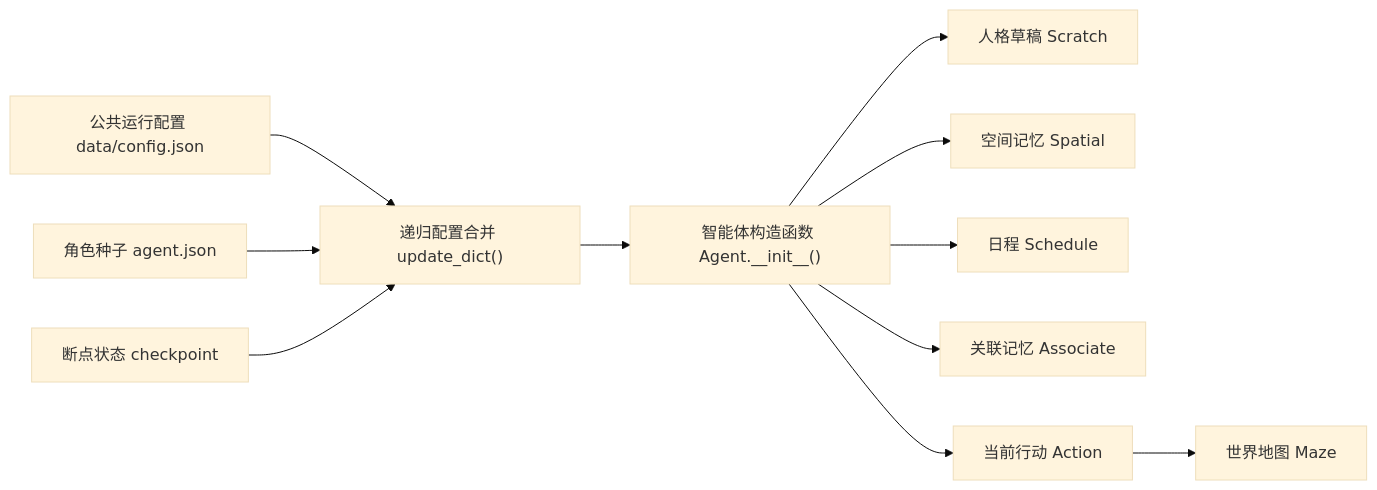
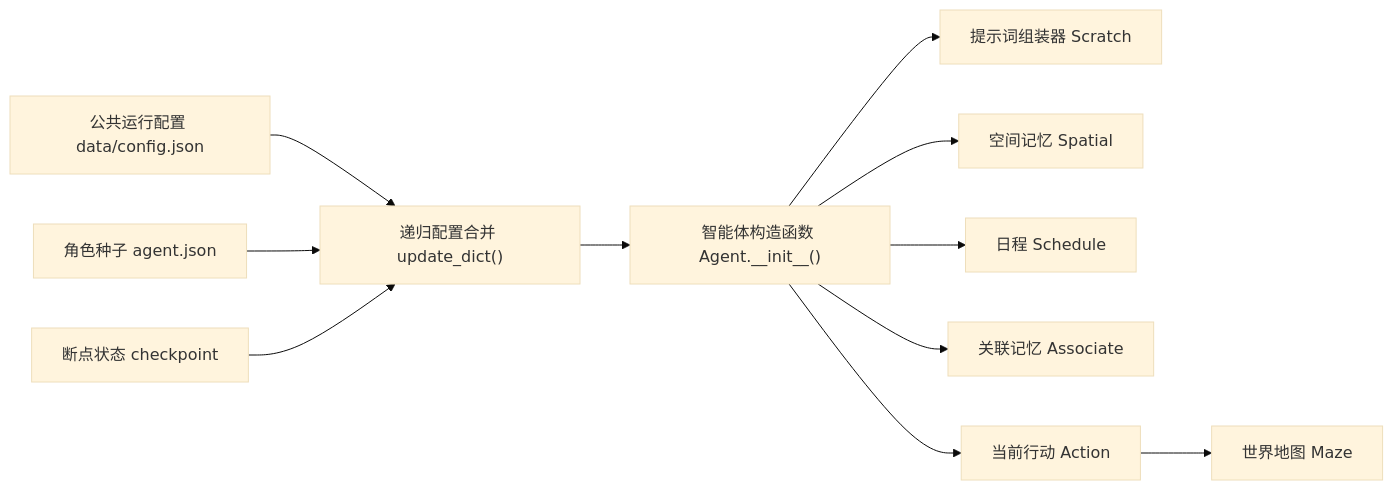
One commit to tbkken/GenerativeAgentsCN changed the first of 15 diagrams in docs/book/manuscript/part_03/chapter_15.md. Above: the diagram before and after it, drawn with Mermaid (base theme). The commit also changed other lines of this file and 51 other files, not shown here.

````diff
--- a/docs/book/manuscript/part_03/chapter_15.md
+++ b/docs/book/manuscript/part_03/chapter_15.md
@@ -16,13 +16,13 @@
 ```mermaid
 flowchart LR
     Base["公共运行配置 data/config.json"] --> Merge["递归配置合并 update_dict()"]
     Seed["角色种子 agent.json"] --> Merge
     Resume["断点状态 checkpoint"] --> Merge
     Merge --> Init["智能体构造函数 Agent.__init__()"]
-    Init --> Scratch["人格草稿 Scratch"]
+    Init --> Scratch["提示词组装器 Scratch"]
     Init --> Spatial["空间记忆 Spatial"]
     Init --> Schedule["日程 Schedule"]
     Init --> Associate["关联记忆 Associate"]
     Init --> Action["当前行动 Action"]
     Action --> Maze["世界地图 Maze"]
 ```
````
